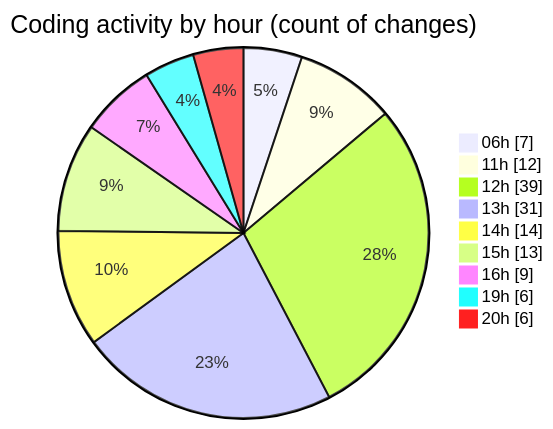
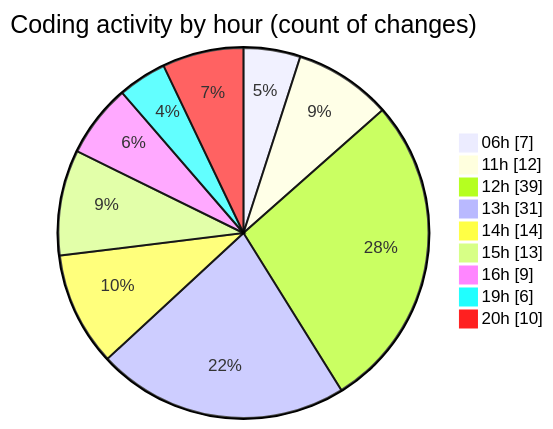
One commit to EIIisD/code-tracking changed the second of 2 diagrams in 2025-07-14/ribbon/README.md. Above: the diagram before and after it, drawn with Mermaid. The commit also changed other lines of this file and 1 other file, not shown here.

````diff
--- a/2025-07-14/ribbon/README.md
+++ b/2025-07-14/ribbon/README.md
@@ -70,13 +70,13 @@
 ```mermaid
 pie showData
 title Coding activity by hour (count of changes)
 "06h" : 7
 "11h" : 12
 "12h" : 39
 "13h" : 31
 "14h" : 14
 "15h" : 13
 "16h" : 9
 "19h" : 6
-"20h" : 6
+"20h" : 10
 ```
````
